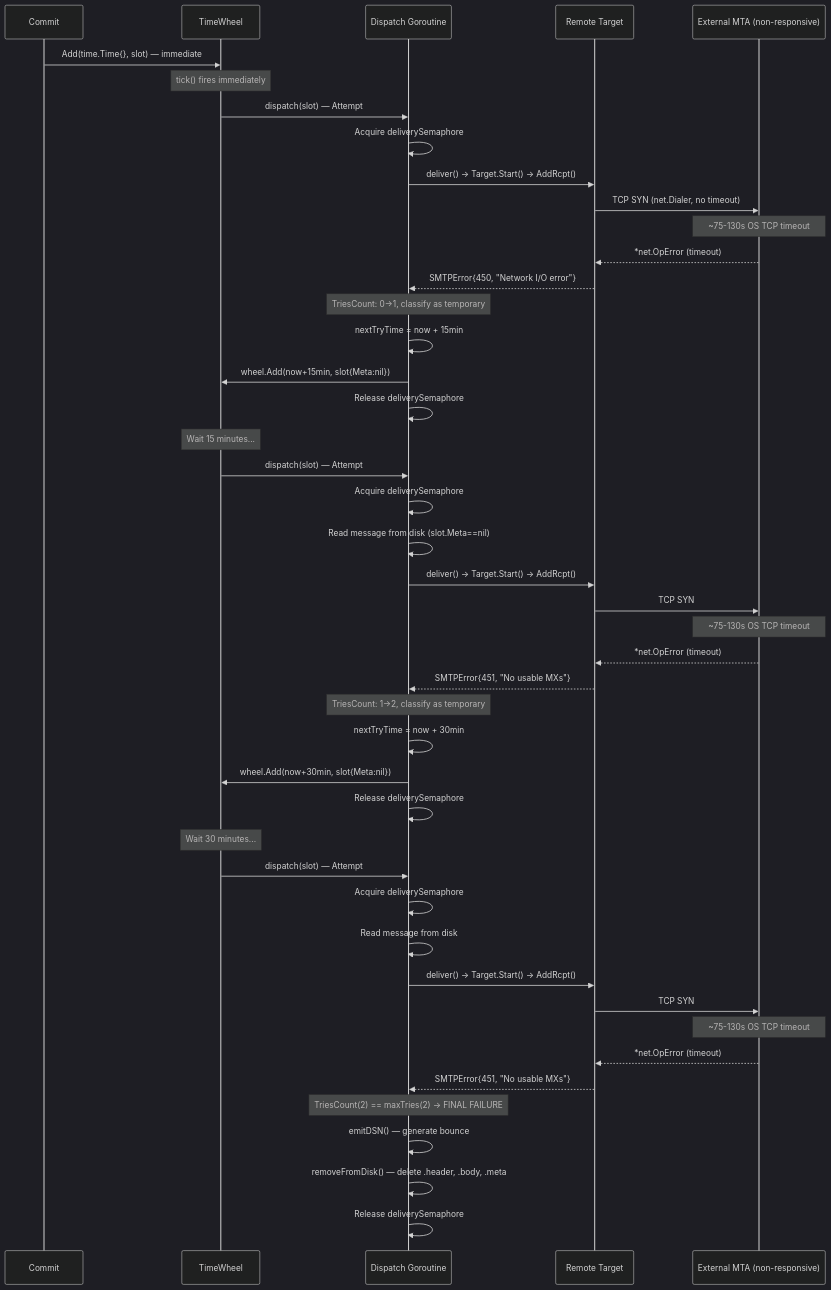
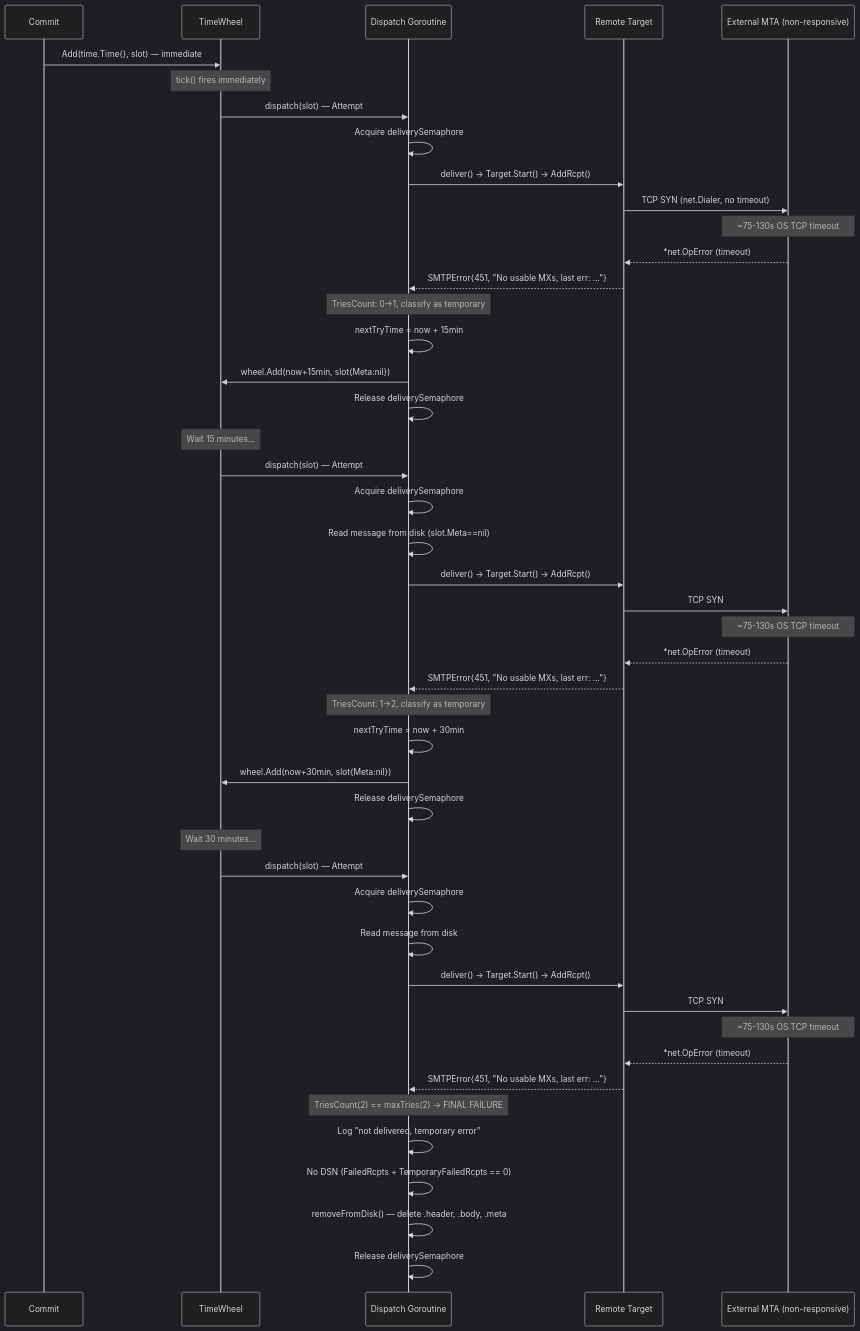
One commit to blitzy-research/maddy changed the second of 5 diagrams in blitzy/documentation/maddy.md. Above: the diagram before and after it, drawn with Mermaid (dark theme). The commit also changed other lines of this file, not shown here.

````diff
--- a/blitzy/documentation/maddy.md
+++ b/blitzy/documentation/maddy.md
@@ -331,53 +335,54 @@
 ```mermaid
 sequenceDiagram
     participant C as Commit
     participant TW as TimeWheel
     participant D as Dispatch Goroutine
     participant R as Remote Target
     participant MX as External MTA (non-responsive)
 
     C->>TW: Add(time.Time{}, slot) — immediate
     Note over TW: tick() fires immediately
 
     TW->>D: dispatch(slot) — Attempt #1
     D->>D: Acquire deliverySemaphore
     D->>R: deliver() → Target.Start() → AddRcpt()
     R->>MX: TCP SYN (net.Dialer, no timeout)
     Note over MX: ~75-130s OS TCP timeout
     MX-->>R: *net.OpError (timeout)
-    R-->>D: SMTPError{450, "Network I/O error"}
+    R-->>D: SMTPError{451, "No usable MXs, last err: ..."}
     Note over D: TriesCount: 0→1, classify as temporary
     D->>D: nextTryTime = now + 15min
     D->>TW: wheel.Add(now+15min, slot{Meta:nil})
     D->>D: Release deliverySemaphore
 
     Note over TW: Wait 15 minutes...
 
     TW->>D: dispatch(slot) — Attempt #2
     D->>D: Acquire deliverySemaphore
     D->>D: Read message from disk (slot.Meta==nil)
     D->>R: deliver() → Target.Start() → AddRcpt()
     R->>MX: TCP SYN
     Note over MX: ~75-130s OS TCP timeout
     MX-->>R: *net.OpError (timeout)
-    R-->>D: SMTPError{451, "No usable MXs"}
+    R-->>D: SMTPError{451, "No usable MXs, last err: ..."}
     Note over D: TriesCount: 1→2, classify as temporary
     D->>D: nextTryTime = now + 30min
     D->>TW: wheel.Add(now+30min, slot{Meta:nil})
     D->>D: Release deliverySemaphore
 
     Note over TW: Wait 30 minutes...
 
     TW->>D: dispatch(slot) — Attempt #3 (FINAL)
     D->>D: Acquire deliverySemaphore
     D->>D: Read message from disk
     D->>R: deliver() → Target.Start() → AddRcpt()
     R->>MX: TCP SYN
     Note over MX: ~75-130s OS TCP timeout
     MX-->>R: *net.OpError (timeout)
-    R-->>D: SMTPError{451, "No usable MXs"}
+    R-->>D: SMTPError{451, "No usable MXs, last err: ..."}
     Note over D: TriesCount(2) == maxTries(2) → FINAL FAILURE
-    D->>D: emitDSN() — generate bounce
+    D->>D: Log "not delivered, temporary error"
+    D->>D: No DSN (FailedRcpts + TemporaryFailedRcpts == 0)
     D->>D: removeFromDisk() — delete .header, .body, .meta
     D->>D: Release deliverySemaphore
 ```
````
